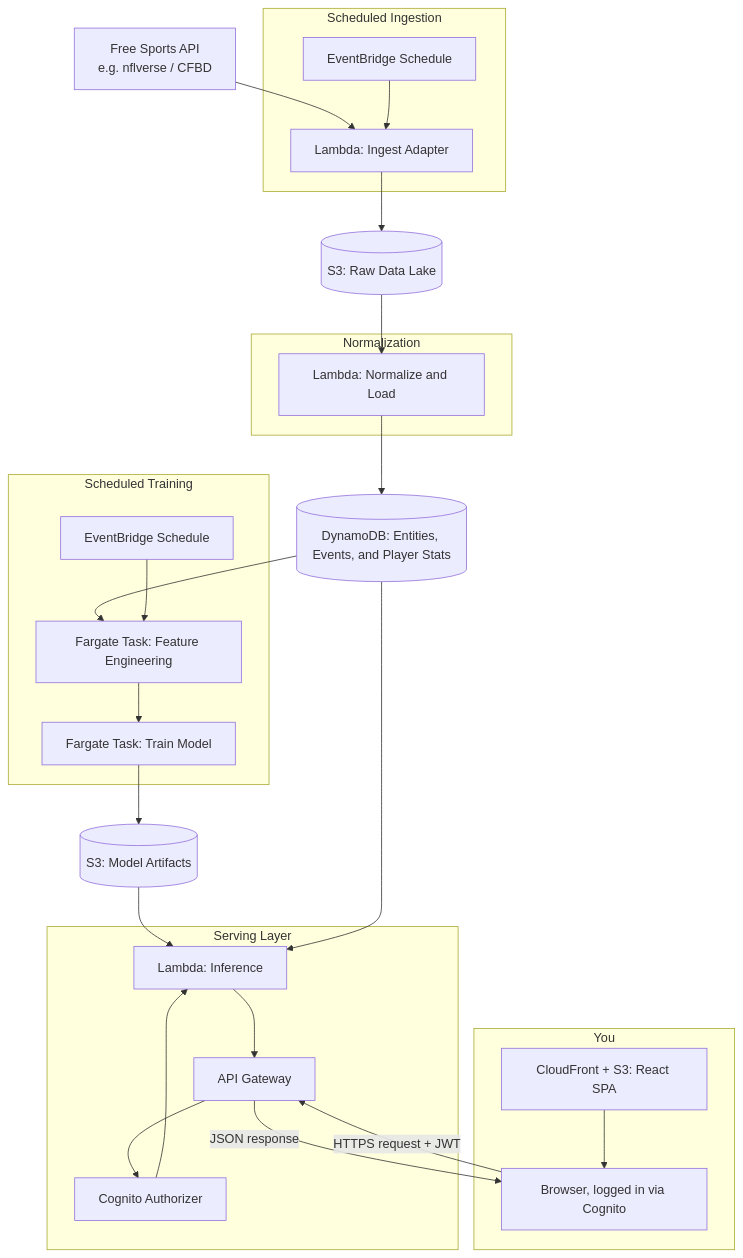
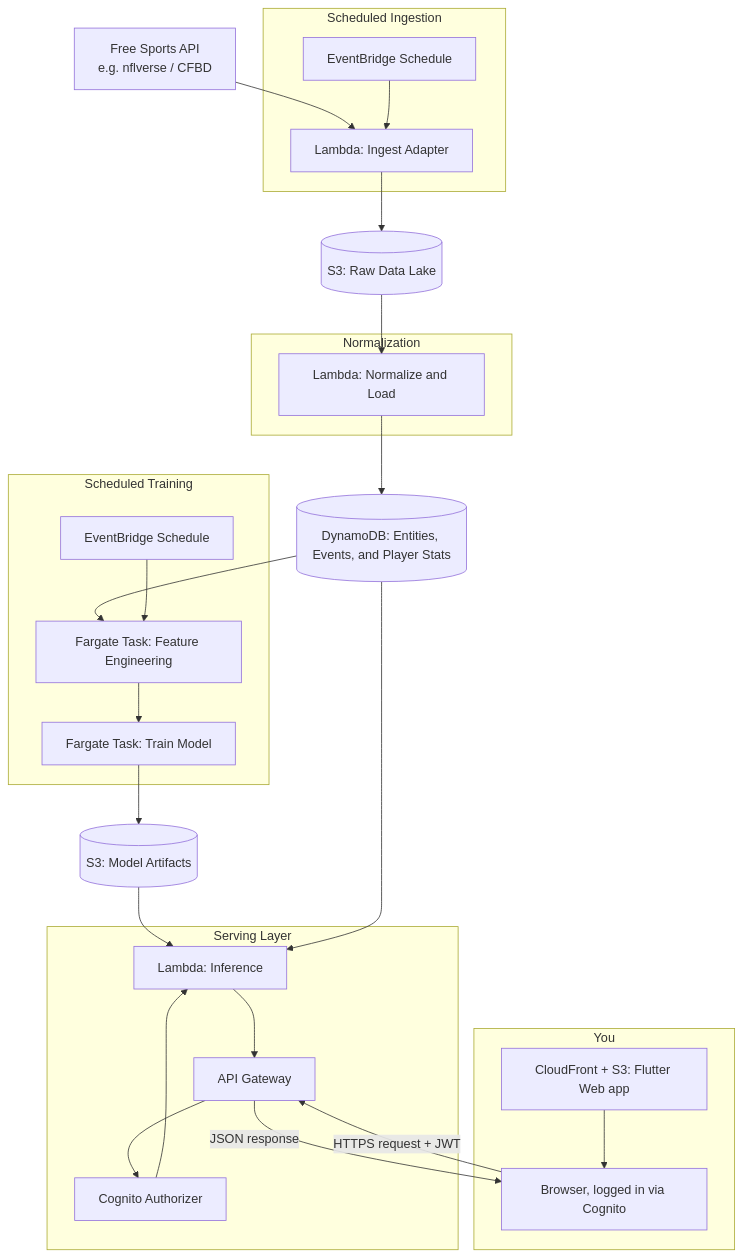
The first of 2 diagrams in design/ARCHITECTURE.md (Programming-For-the-Community/sports-predictor), drawn with Mermaid before and after one commit. The commit also changed other lines of this file and 21 other files, not shown here.

````diff
--- a/design/ARCHITECTURE.md
+++ b/design/ARCHITECTURE.md
@@ -9,44 +9,44 @@
 ```mermaid
 flowchart TD
     subgraph Ingest["Scheduled Ingestion"]
         SCH1["EventBridge Schedule"]
         ING["Lambda: Ingest Adapter"]
     end
 
     SRC["Free Sports API<br/>e.g. nflverse / CFBD"] --> ING
     SCH1 --> ING
     ING --> RAW[("S3: Raw Data Lake")]
 
     subgraph Normalize["Normalization"]
         NORM["Lambda: Normalize and Load"]
     end
     RAW --> NORM --> DDB[("DynamoDB: Entities, Events, and Player Stats")]
 
     subgraph Train["Scheduled Training"]
         SCH2["EventBridge Schedule"]
         FEAT["Fargate Task: Feature Engineering"]
         MODEL["Fargate Task: Train Model"]
     end
     DDB --> FEAT
     SCH2 --> FEAT
     FEAT --> MODEL --> ARTIFACT[("S3: Model Artifacts")]
 
     subgraph Serve["Serving Layer"]
         APIGW["API Gateway"]
         AUTH["Cognito Authorizer"]
         INF["Lambda: Inference"]
     end
     ARTIFACT --> INF
     DDB --> INF
     APIGW --> AUTH
     AUTH --> INF
     INF --> APIGW
 
     subgraph Client["You"]
-        CF["CloudFront + S3: React SPA"]
+        CF["CloudFront + S3: Flutter Web app"]
         BROWSER["Browser, logged in via Cognito"]
     end
     CF --> BROWSER
     BROWSER -->|"HTTPS request + JWT"| APIGW
     APIGW -->|"JSON response"| BROWSER
 ```
````
